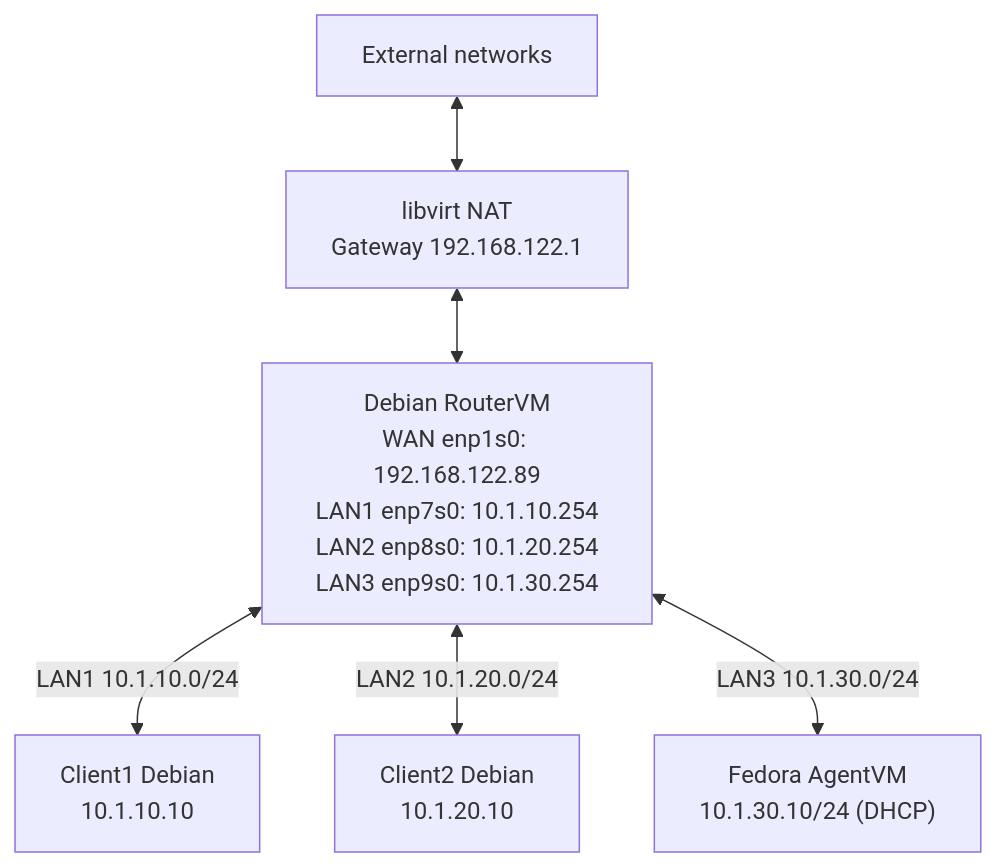
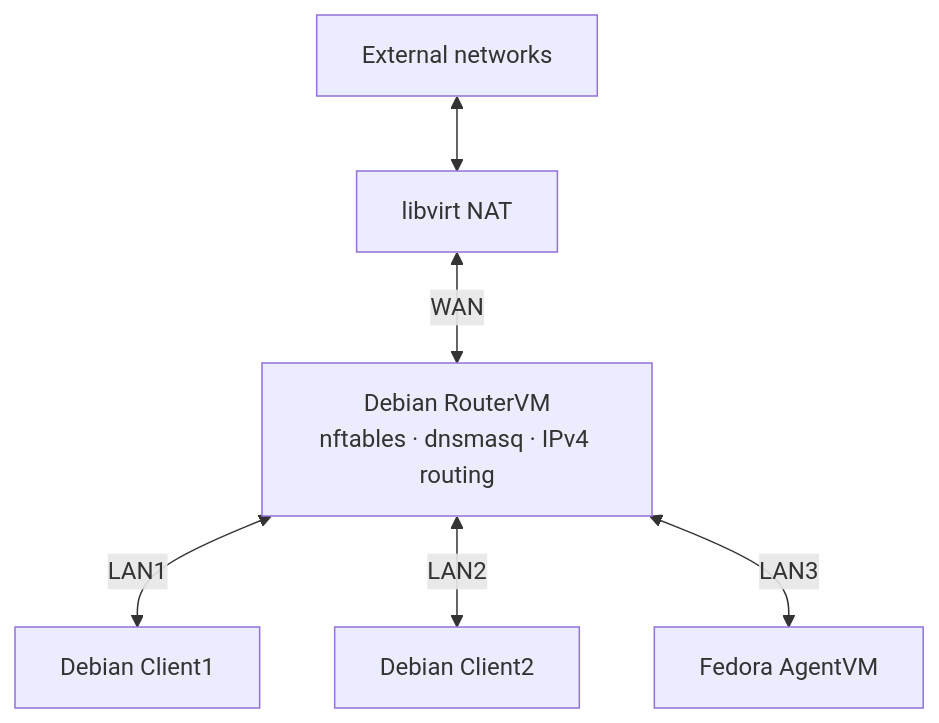
Before and after one commit to Jontelicious/cybersecurity-portfolio: the diagram in diagrams/router-vm-topology.md, drawn with Mermaid. The commit also changed other lines of this file and 3 other files, not shown here.

````diff
--- a/diagrams/router-vm-topology.md
+++ b/diagrams/router-vm-topology.md
@@ -5,14 +21,15 @@
 ```mermaid
 flowchart TD
     Internet["External networks"]
-    Upstream["libvirt NAT<br/>Gateway 192.168.122.1"]
-    Router["Debian RouterVM<br/>WAN enp1s0: 192.168.122.89<br/>LAN1 enp7s0: 10.1.10.254<br/>LAN2 enp8s0: 10.1.20.254<br/>LAN3 enp9s0: 10.1.30.254"]
-    C1["Client1 Debian<br/>10.1.10.10"]
-    C2["Client2 Debian<br/>10.1.20.10"]
-    Agent["Fedora AgentVM<br/>10.1.30.10/24 (DHCP)"]
+    Upstream["libvirt NAT"]
+    Router["Debian RouterVM<br/>nftables · dnsmasq · IPv4 routing"]
+    Client1["Debian Client1"]
+    Client2["Debian Client2"]
+    Agent["Fedora AgentVM"]
+
     Internet <--> Upstream
-    Upstream <--> Router
-    Router <--> |"LAN1 10.1.10.0/24"| C1
-    Router <--> |"LAN2 10.1.20.0/24"| C2
-    Router <--> |"LAN3 10.1.30.0/24"| Agent
+    Upstream <--> |WAN| Router
+    Router <--> |LAN1| Client1
+    Router <--> |LAN2| Client2
+    Router <--> |LAN3| Agent
 ```
````
